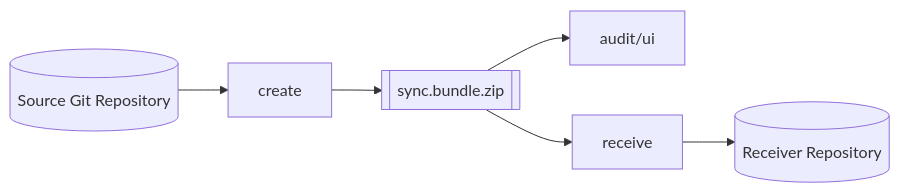
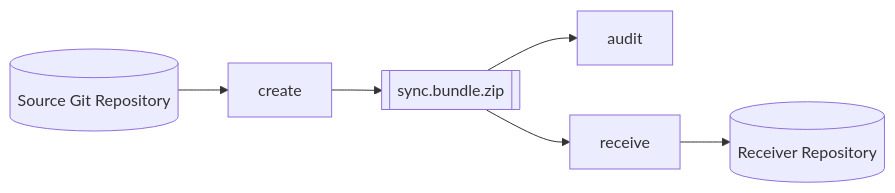
Before and after one commit to daredem0/git-sync: the first of 6 diagrams in SDD_SAD.md, drawn with Mermaid. The commit also changed other lines of this file, not shown here.

````diff
--- a/SDD_SAD.md
+++ b/SDD_SAD.md
@@ -22,13 +24,13 @@
 ```mermaid
 flowchart LR
     SRC[(Source Git Repository)]
     CREATE[create]
     PKG[[sync.bundle.zip]]
-    AUDIT[audit/ui]
-    RCV[receive]
+    AUDIT[audit]
+    RECEIVE[receive]
     DST[(Receiver Repository)]
 
     SRC --> CREATE --> PKG
     PKG --> AUDIT
-    PKG --> RCV --> DST
+    PKG --> RECEIVE --> DST
 ```
````
